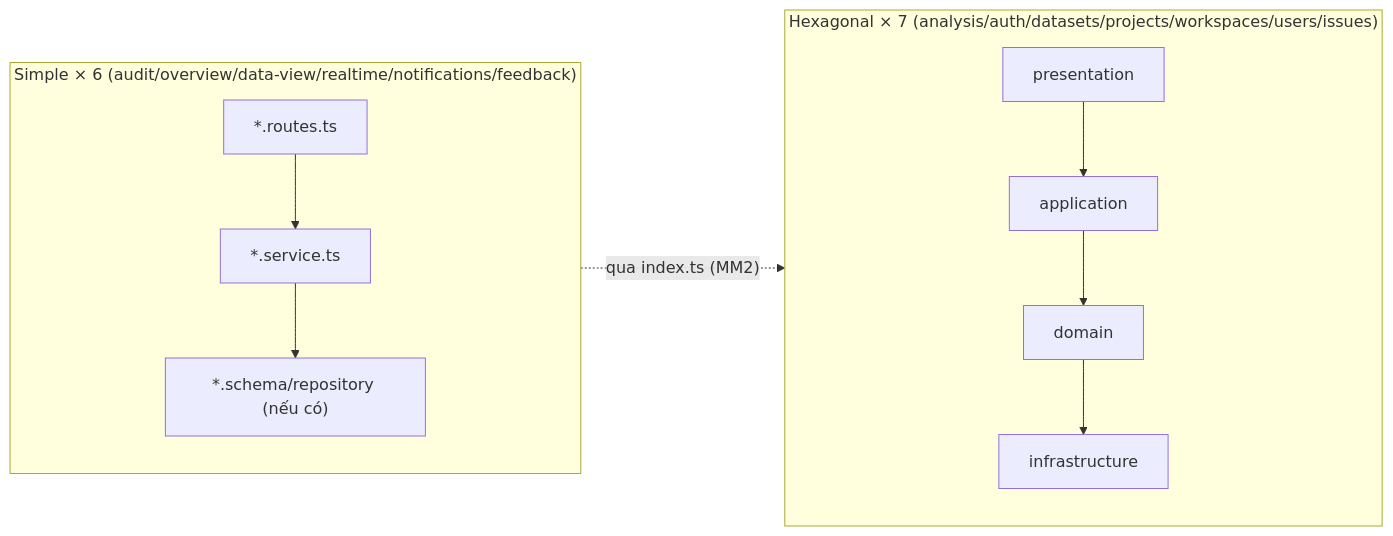
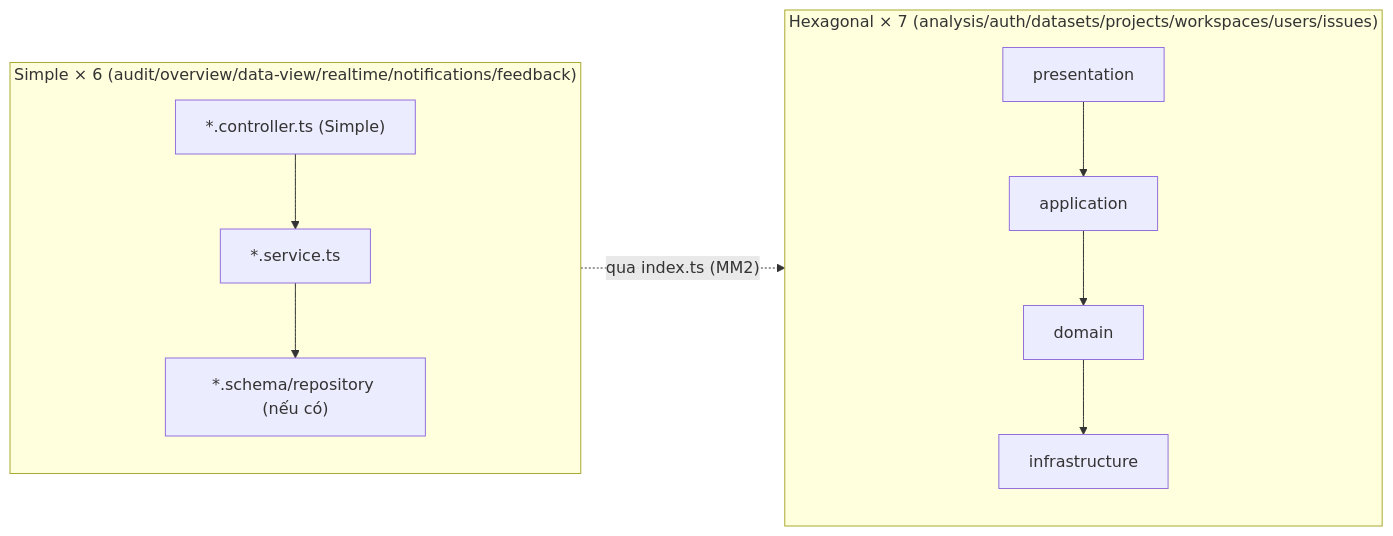
One commit to tieneshoabeai/AI-systems-support-detecting-and-handling-data-quality-issues changed the second of 2 diagrams in docs/refactor/architecture-diagram.md. Above: the diagram before and after it, drawn with Mermaid. The commit also changed 30 other files, not shown here.

First line of the commit message:
refactor(simple): doi ten 4 file *.routes.ts sang <mod>.controller.ts

````diff
--- a/docs/refactor/architecture-diagram.md
+++ b/docs/refactor/architecture-diagram.md
@@ -14,13 +14,13 @@
 ```mermaid
 graph LR
     subgraph S["Simple × 6 (audit/overview/data-view/realtime/notifications/feedback)"]
-        R["*.routes.ts"] --> SVC["*.service.ts"]
+        R["*.controller.ts (Simple)"] --> SVC["*.service.ts"]
         SVC --> SCH["*.schema/repository (nếu có)"]
     end
     subgraph H["Hexagonal × 7 (analysis/auth/datasets/projects/workspaces/users/issues)"]
         P["presentation"] --> A["application"]
         A --> D["domain"]
         D --> I["infrastructure"]
     end
     S -.->|"qua index.ts (MM2)"| H
 ```
````
